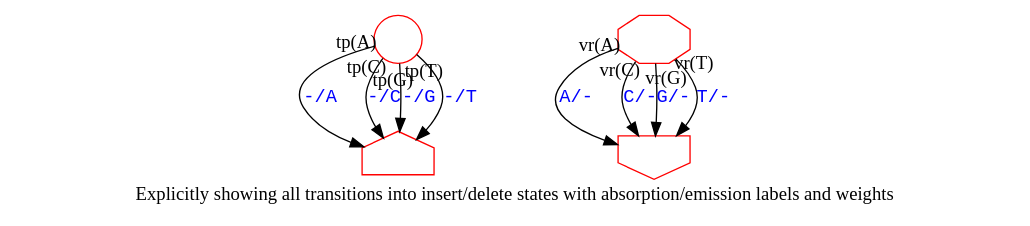
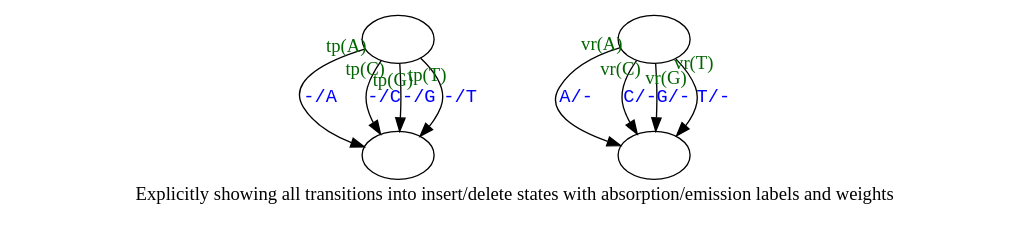
Before and after one commit to ihh/transducer-tutorial: the diagram in fanned-indel.dot, drawn with Graphviz. The commit also changed 2 other files, not shown here.

Commit message:
Improved fanned-* diagrams

```diff
--- a/fanned-indel.dot
+++ b/fanned-indel.dot
@@ -1,22 +1,22 @@
 digraph G {
 
-    S [label="", shape=circle, color=red];
+    S [label=""];
 
-    I [label="", shape=house, color=red];
+    I [label=""];
 
-    X [label="", shape=octagon, color=red];
+    X [label=""];
 
-    D [label="", shape=invhouse, color=red];
+    D [label=""];
 
-S->I [label="-/A" taillabel="tp(A)" labeldistance=1.4 fontcolor="blue" labelfontcolor="black" fontname="Courier" labelfontname="Times"];
-S->I [label="-/C" taillabel="tp(C)" labeldistance=1.4 fontcolor="blue" labelfontcolor="black" fontname="Courier" labelfontname="Times"];
-S->I [label="-/G" taillabel="tp(G)" labeldistance=1.4 fontcolor="blue" labelfontcolor="black" fontname="Courier" labelfontname="Times"];
-S->I [label="-/T" taillabel="tp(T)" labeldistance=1.4 fontcolor="blue" labelfontcolor="black" fontname="Courier" labelfontname="Times"];
+S->I [label="-/A" taillabel="tp(A)" labeldistance=1.4 fontcolor="blue" labelfontcolor="black" fontname="Courier" labelfontname="Times" labelfontcolor="darkgreen"];
+S->I [label="-/C" taillabel="tp(C)" labeldistance=1.4 fontcolor="blue" labelfontcolor="black" fontname="Courier" labelfontname="Times" labelfontcolor="darkgreen"];
+S->I [label="-/G" taillabel="tp(G)" labeldistance=1.4 fontcolor="blue" labelfontcolor="black" fontname="Courier" labelfontname="Times" labelfontcolor="darkgreen"];
+S->I [label="-/T" taillabel="tp(T)" labeldistance=1.4 fontcolor="blue" labelfontcolor="black" fontname="Courier" labelfontname="Times" labelfontcolor="darkgreen"];
 
-X->D [label="A/-" taillabel="vr(A)" labeldistance=1.4 fontcolor="blue" labelfontcolor="black" fontname="Courier" labelfontname="Times"];
-X->D [label="C/-" taillabel="vr(C)" labeldistance=1.4 fontcolor="blue" labelfontcolor="black" fontname="Courier" labelfontname="Times"];
-X->D [label="G/-" taillabel="vr(G)" labelangle=30 labeldistance=1.4 fontcolor="blue" labelfontcolor="black" fontname="Courier" labelfontname="Times"];
-X->D [label="T/-" taillabel="vr(T)" labelangle=30 labeldistance=1.4 fontcolor="blue" labelfontcolor="black" fontname="Courier" labelfontname="Times"];
+X->D [label="A/-" taillabel="vr(A)" labeldistance=1.4 fontcolor="blue" labelfontcolor="black" fontname="Courier" labelfontname="Times" labelfontcolor="darkgreen"];
+X->D [label="C/-" taillabel="vr(C)" labeldistance=1.4 fontcolor="blue" labelfontcolor="black" fontname="Courier" labelfontname="Times" labelfontcolor="darkgreen"];
+X->D [label="G/-" taillabel="vr(G)" labelangle=30 labeldistance=1.4 fontcolor="blue" labelfontcolor="black" fontname="Courier" labelfontname="Times" labelfontcolor="darkgreen"];
+X->D [label="T/-" taillabel="vr(T)" labelangle=30 labeldistance=1.4 fontcolor="blue" labelfontcolor="black" fontname="Courier" labelfontname="Times" labelfontcolor="darkgreen"];
 
     label="Explicitly showing all transitions into insert/delete states with absorption/emission labels and weights";
 }
```
